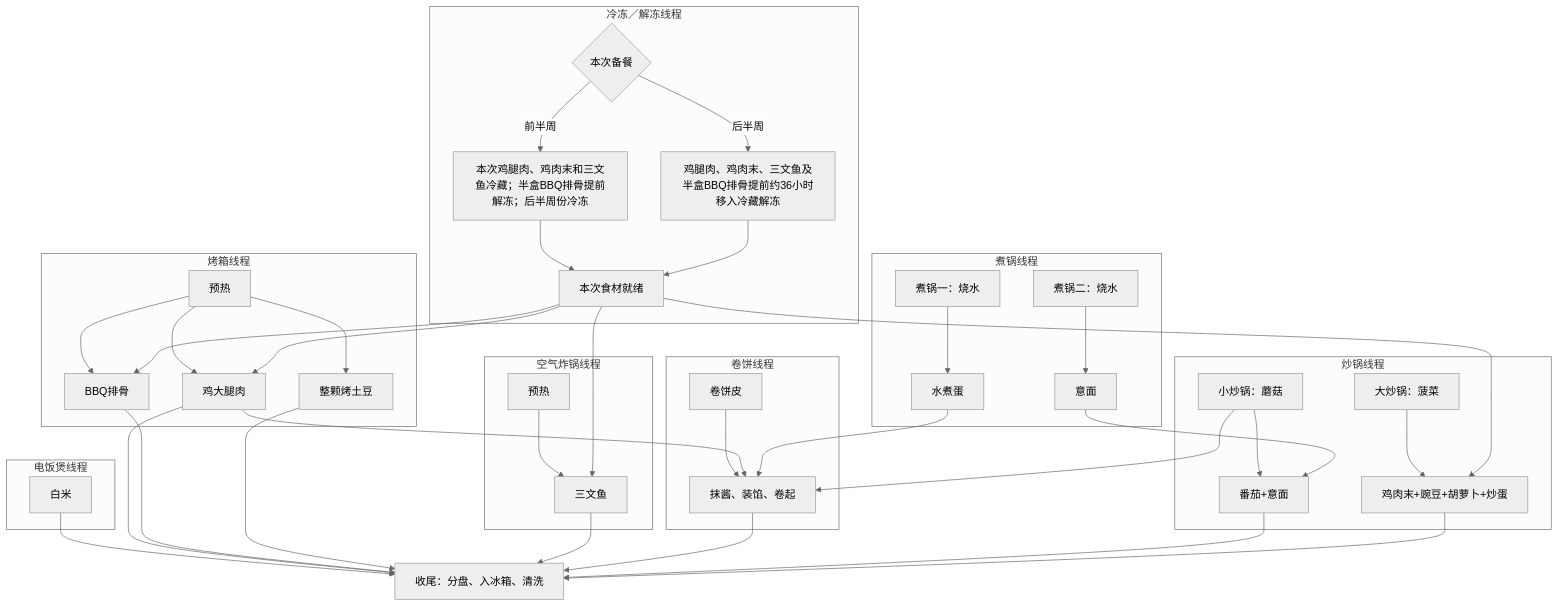
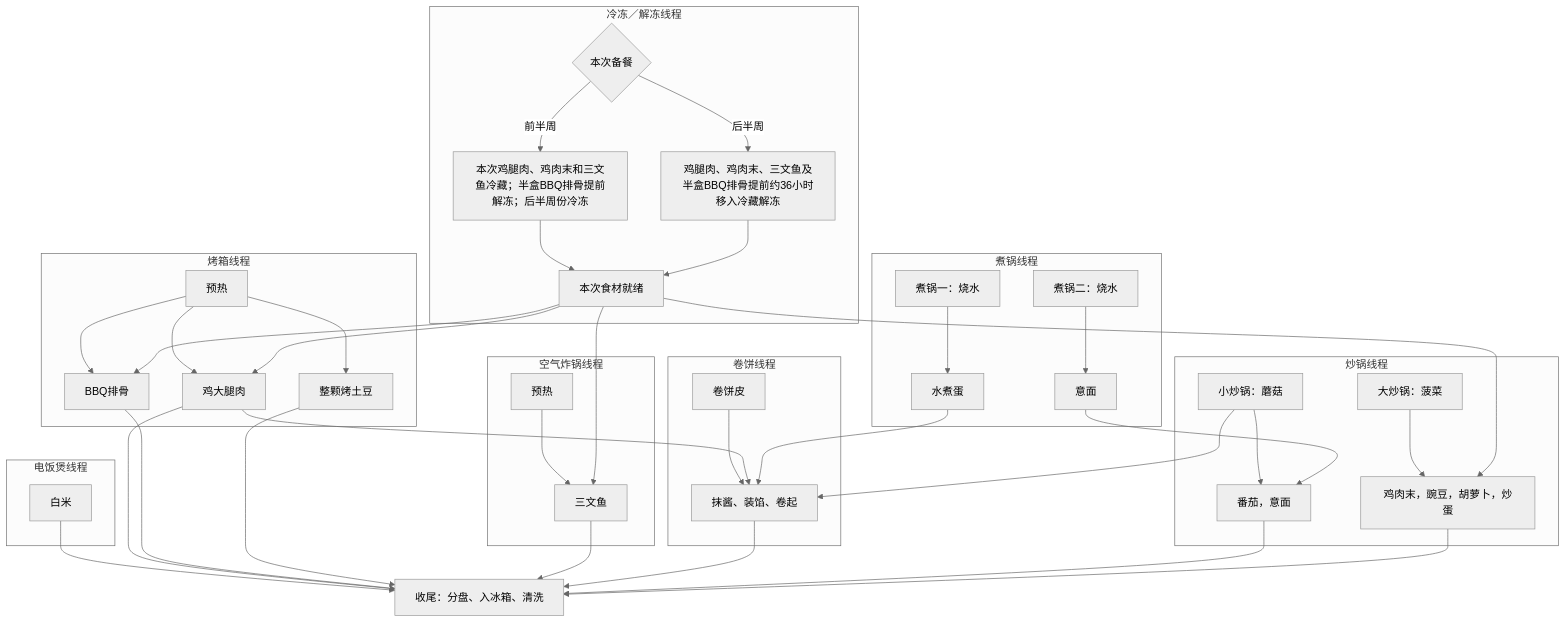
The diagram in cooking.md (yunhaixiang/fitness), drawn with Mermaid (neutral theme) before and after one commit. The commit also changed other lines of this file and 7 other files, not shown here.

````diff
--- a/cooking.md
+++ b/cooking.md
@@ -12,47 +12,47 @@
 ```mermaid
 flowchart TB
     subgraph cold[冷冻／解冻线程]
         C0{本次备餐} -->|前半周| C1[本次鸡腿肉、鸡肉末和三文鱼冷藏；半盒BBQ排骨提前解冻；后半周份冷冻]
         C0 -->|后半周| C2[鸡腿肉、鸡肉末、三文鱼及半盒BBQ排骨提前约36小时移入冷藏解冻]
         C1 --> C3[本次食材就绪]
         C2 --> C3
     end
     subgraph rice[电饭煲线程]
         SR[白米]
     end
     subgraph oven[烤箱线程]
         SO0[预热] --> SO2[鸡大腿肉]
         SO0 --> SO3[整颗烤土豆]
         SO0 --> SO1[BBQ排骨]
     end
     subgraph air[空气炸锅线程]
         SA0[预热] --> SA1[三文鱼]
     end
     subgraph pots[煮锅线程]
         SP0[煮锅一：烧水] --> SP2[水煮蛋]
         SP3[煮锅二：烧水] --> SP1[意面]
     end
     subgraph woks[炒锅线程]
-        SW1[小炒锅：蘑菇] --> SW3[番茄+意面]
-        SW2[大炒锅：菠菜] --> SW4[鸡肉末+豌豆+胡萝卜+炒蛋]
+        SW1[小炒锅：蘑菇] --> SW3[番茄，意面]
+        SW2[大炒锅：菠菜] --> SW4[鸡肉末，豌豆，胡萝卜，炒蛋]
     end
     subgraph wraps[卷饼线程]
         ST[卷饼皮] --> ST1[抹酱、装馅、卷起]
     end
     C3 --> SO2
     C3 --> SO1
     C3 --> SA1
     C3 --> SW4
     SR --> SF
     SP1 --> SW3
     SO2 --> SF[收尾：分盘、入冰箱、清洗]
     SO2 --> ST1
     SO1 --> SF
     SO3 --> SF
     SA1 --> SF
     SP2 --> ST1
     SW1 --> ST1
     ST1 --> SF
     SW3 --> SF
     SW4 --> SF
 ```
````
